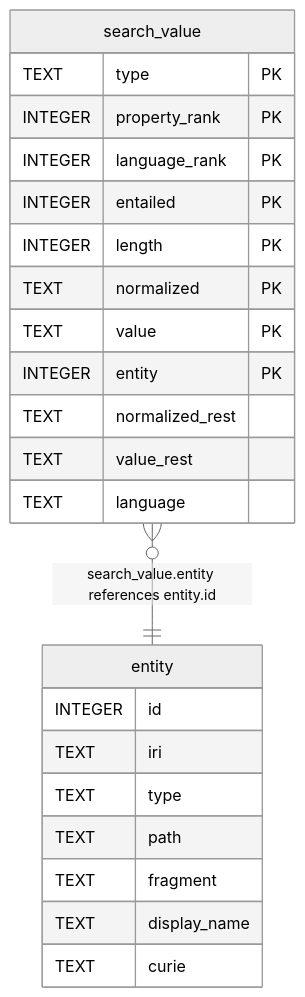
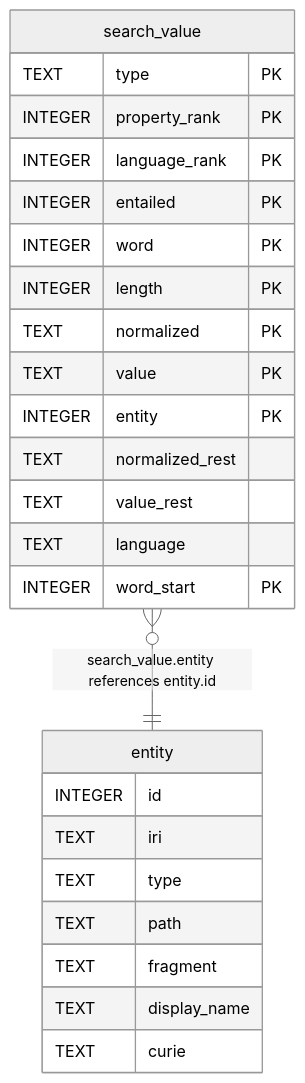
One commit to jclerman/browl changed the diagram in docs/schema/derived/search_value.md. Above: the diagram before and after it, drawn with Mermaid (neutral theme). The commit also changed other lines of this file and 20 other files, not shown here.

First line of the commit message:
P-41: Search matches the start of any word (#138)

````diff
--- a/docs/schema/derived/search_value.md
+++ b/docs/schema/derived/search_value.md
@@ -67,28 +73,30 @@
 ```mermaid
 erDiagram
 
 "search_value" }o--|| "entity" : "search_value.entity references entity.id"
 
 "search_value" {
   TEXT type PK
   INTEGER property_rank PK
   INTEGER language_rank PK
   INTEGER entailed PK
+  INTEGER word PK
   INTEGER length PK
   TEXT normalized PK
   TEXT value PK
   INTEGER entity PK
   TEXT normalized_rest
   TEXT value_rest
   TEXT language
+  INTEGER word_start PK
 }
 "entity" {
   INTEGER id
   TEXT iri
   TEXT type
   TEXT path
   TEXT fragment
   TEXT display_name
   TEXT curie
 }
 ```
````
